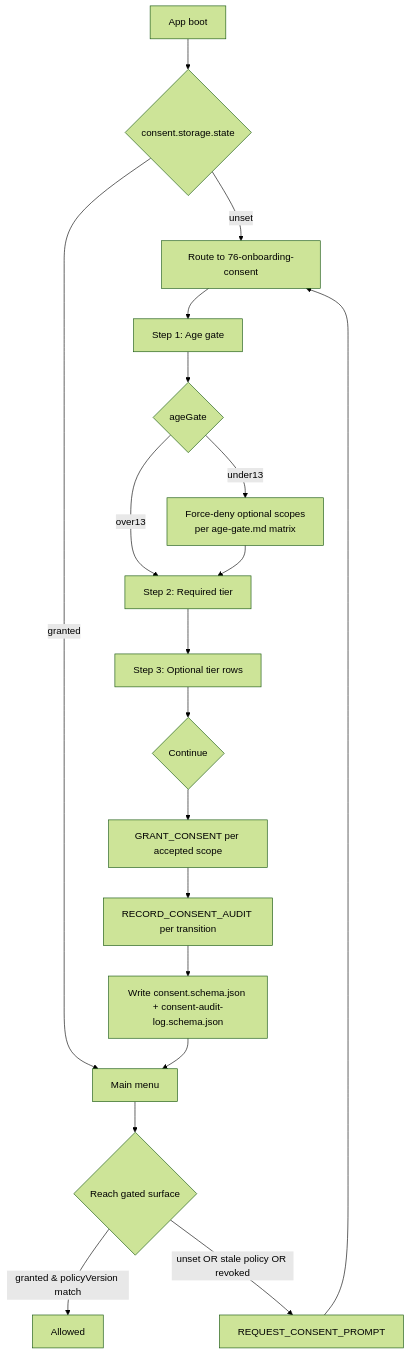
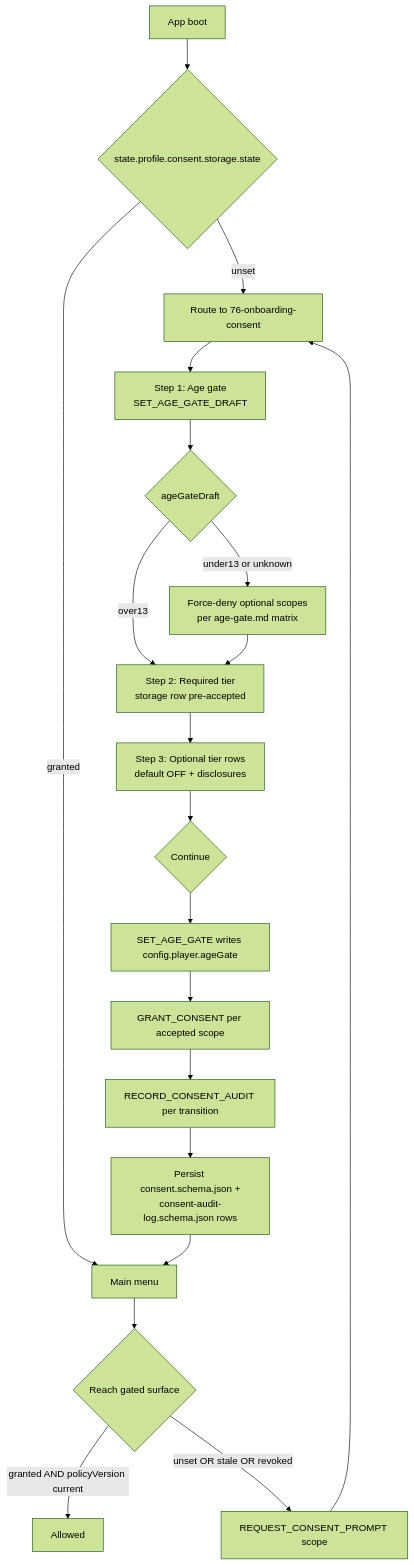
Before and after one commit to SunaNoOshiro/Heroes_Reforged_AI_Realms: the diagram in docs/architecture/diagrams/30-onboarding-consent.md, drawn with Mermaid (forest theme). The commit also changed other lines of this file and 518 other files, not shown here.

First line of the commit message:
Add doc-audit skill and sweep architecture/screen docs

````diff
--- a/docs/architecture/diagrams/30-onboarding-consent.md
+++ b/docs/architecture/diagrams/30-onboarding-consent.md
@@ -13,21 +15,22 @@
 ```mermaid
 flowchart TD
-    A[App boot] --> B{consent.storage.state}
+    A[App boot] --> B{state.profile.consent.storage.state}
     B -->|unset| C[Route to 76-onboarding-consent]
     B -->|granted| Z[Main menu]
-    C --> D[Step 1: Age gate]
-    D --> E{ageGate}
-    E -->|under13| F[Force-deny optional scopes<br/>per age-gate.md matrix]
-    E -->|over13| G[Step 2: Required tier]
+    C --> D[Step 1: Age gate<br/>SET_AGE_GATE_DRAFT]
+    D --> E{ageGateDraft}
+    E -->|under13 or unknown| F[Force-deny optional scopes<br/>per age-gate.md matrix]
+    E -->|over13| G[Step 2: Required tier<br/>storage row pre-accepted]
     F --> G
-    G --> H[Step 3: Optional tier rows]
+    G --> H[Step 3: Optional tier rows<br/>default OFF + disclosures]
     H --> I{Continue}
-    I --> J[GRANT_CONSENT per accepted scope]
-    J --> K[RECORD_CONSENT_AUDIT per transition]
-    K --> L[Write consent.schema.json + consent-audit-log.schema.json]
-    L --> Z
-    Z --> M{Reach gated surface}
-    M -->|granted & policyVersion match| N[Allowed]
-    M -->|unset OR stale policy OR revoked| O[REQUEST_CONSENT_PROMPT]
-    O --> C
+    I --> J[SET_AGE_GATE writes config.player.ageGate]
+    J --> K[GRANT_CONSENT per accepted scope]
+    K --> L[RECORD_CONSENT_AUDIT per transition]
+    L --> M[Persist consent.schema.json +<br/>consent-audit-log.schema.json rows]
+    M --> Z
+    Z --> N{Reach gated surface}
+    N -->|granted AND policyVersion current| O[Allowed]
+    N -->|unset OR stale OR revoked| P[REQUEST_CONSENT_PROMPT scope]
+    P --> C
 ```
````
